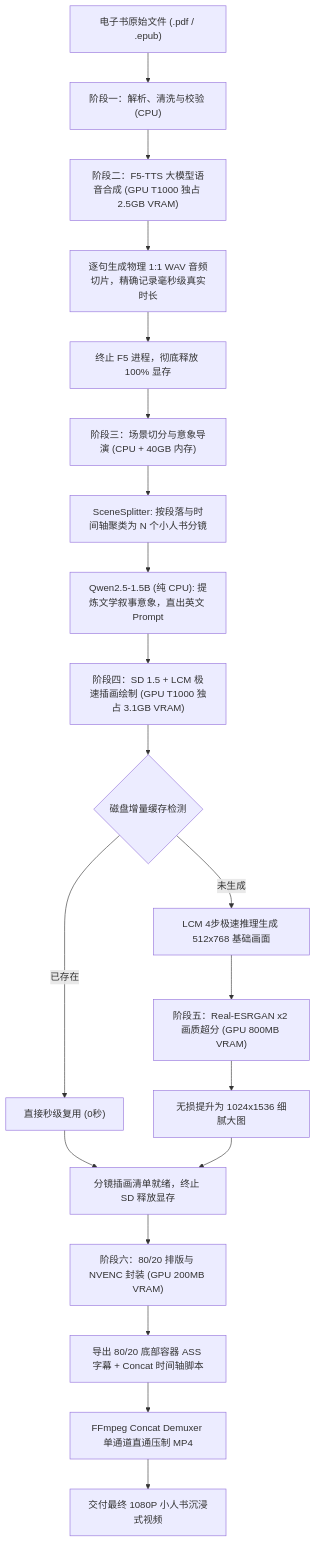
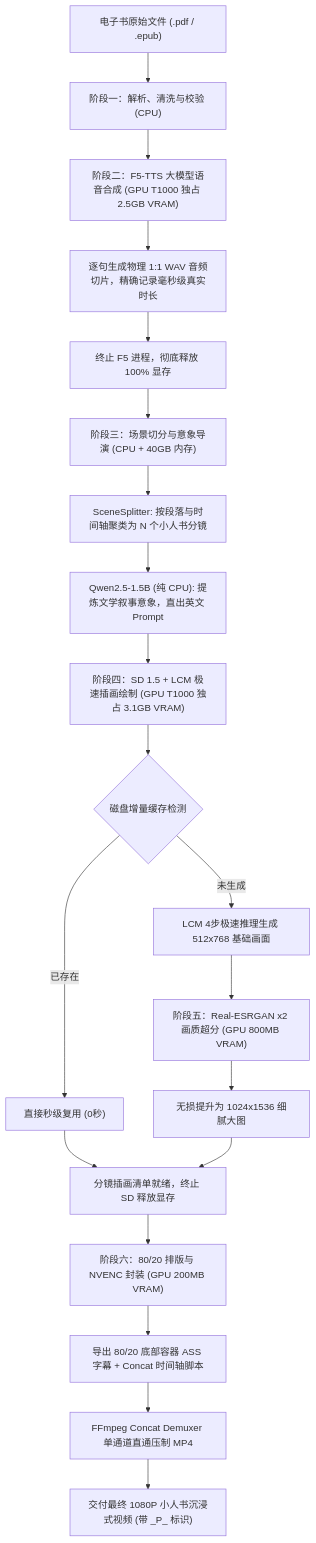
The second of 3 diagrams in docs/01_PRD.md (lndlwh2024/sound_book), drawn with Mermaid before and after one commit. The commit also changed other lines of this file and 11 other files, not shown here.

````diff
--- a/docs/01_PRD.md
+++ b/docs/01_PRD.md
@@ -183,26 +229,26 @@
 ```mermaid
 flowchart TD
     A["电子书原始文件 (.pdf / .epub)"] --> B["阶段一：解析、清洗与校验 (CPU)"]
     B --> C["阶段二：F5-TTS 大模型语音合成 (GPU T1000 独占 2.5GB VRAM)"]
     C --> D["逐句生成物理 1:1 WAV 音频切片，精确记录毫秒级真实时长"]
     D --> E["终止 F5 进程，彻底释放 100% 显存"]
 
     E --> F["阶段三：场景切分与意象导演 (CPU + 40GB 内存)"]
     F --> G["SceneSplitter: 按段落与时间轴聚类为 N 个小人书分镜"]
     G --> H["Qwen2.5-1.5B (纯 CPU): 提炼文学叙事意象，直出英文 Prompt"]
 
     H --> I["阶段四：SD 1.5 + LCM 极速插画绘制 (GPU T1000 独占 3.1GB VRAM)"]
     I --> J{"磁盘增量缓存检测"}
     J -->|"已存在"| K["直接秒级复用 (0秒)"]
     J -->|"未生成"| L["LCM 4步极速推理生成 512x768 基础画面"]
 
     L --> M["阶段五：Real-ESRGAN x2 画质超分 (GPU 800MB VRAM)"]
     M --> N["无损提升为 1024x1536 细腻大图"]
     K --> O["分镜插画清单就绪，终止 SD 释放显存"]
     N --> O
 
     O --> P["阶段六：80/20 排版与 NVENC 封装 (GPU 200MB VRAM)"]
     P --> Q["导出 80/20 底部容器 ASS 字幕 + Concat 时间轴脚本"]
     Q --> R["FFmpeg Concat Demuxer 单通道直通压制 MP4"]
-    R --> S["交付最终 1080P 小人书沉浸式视频"]
+    R --> S["交付最终 1080P 小人书沉浸式视频 (带 _P_ 标识)"]
 ```
````
